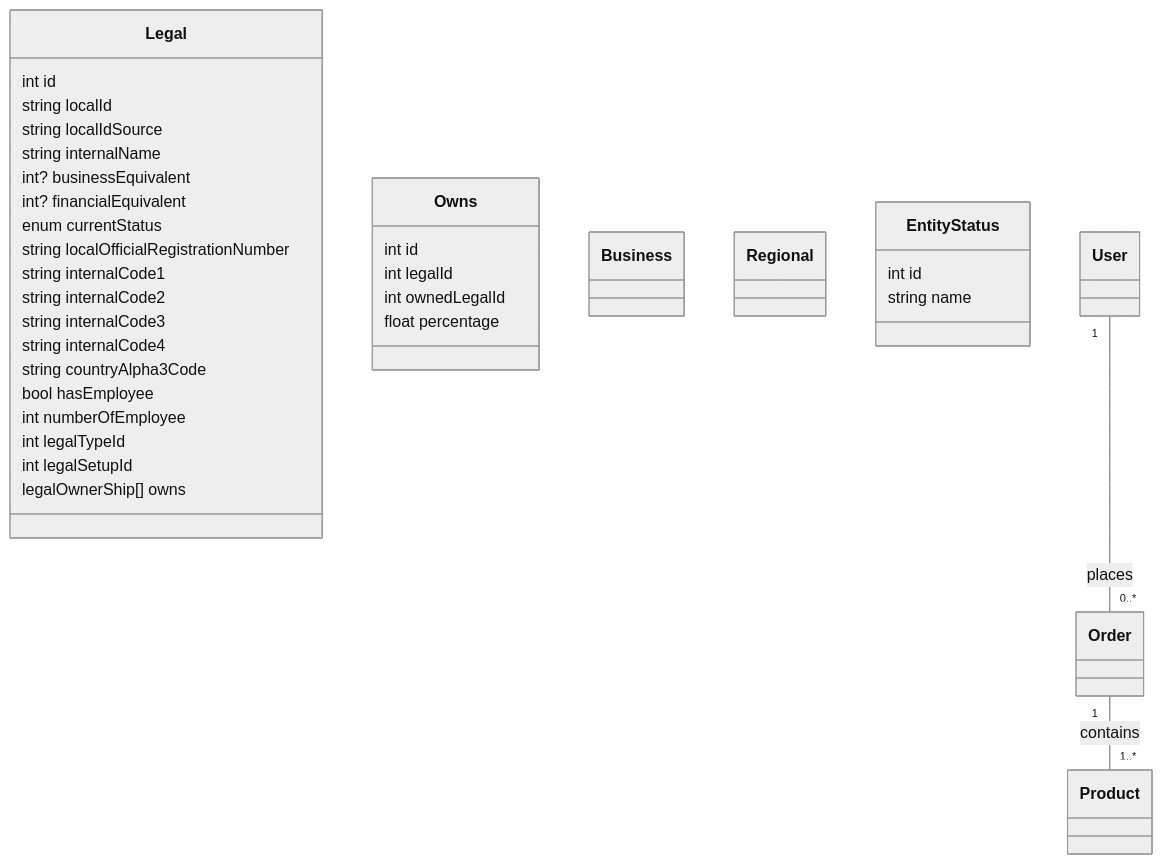
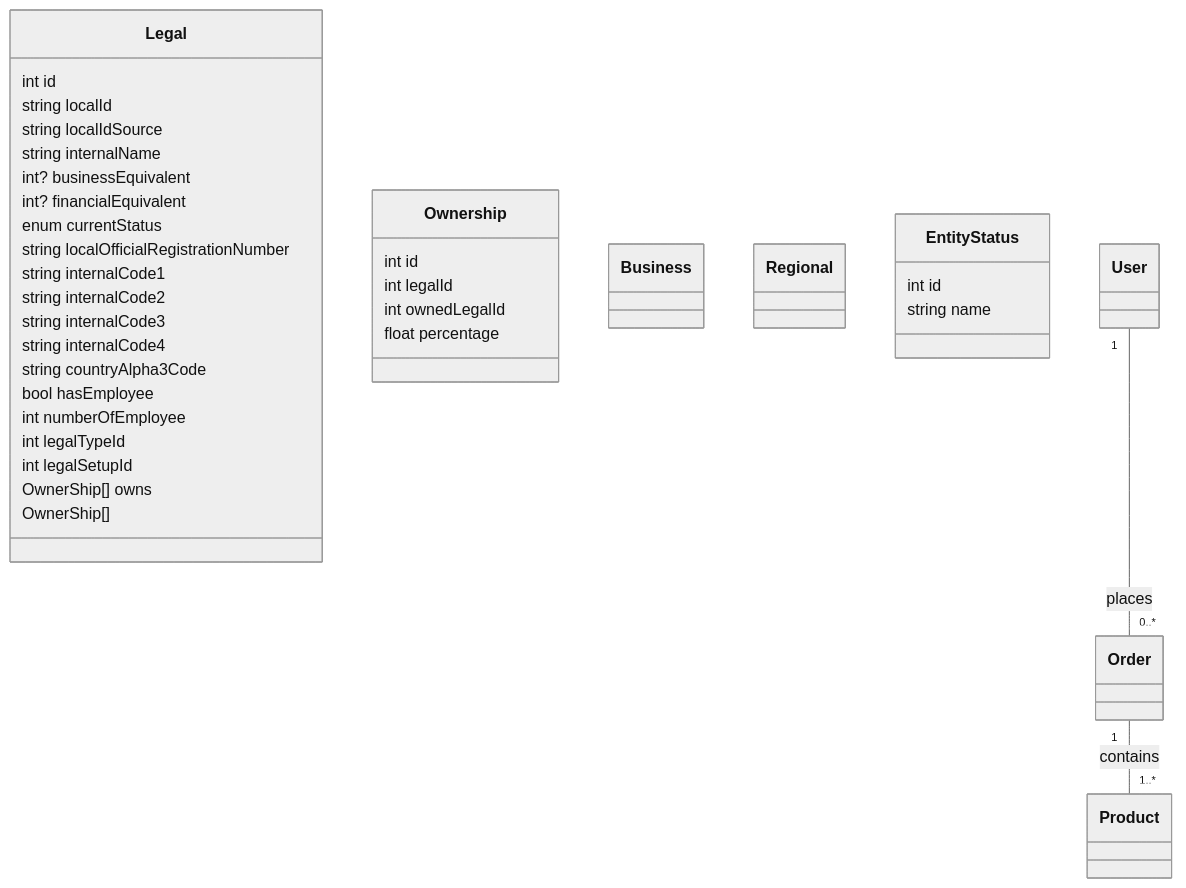
Before and after one commit to tullanders/tfs: the diagram in web1/docs/model.md, drawn with Mermaid (neutral theme). The commit also changed 103 other files, not shown here.

````diff
--- a/web1/docs/model.md
+++ b/web1/docs/model.md
@@ -2,51 +2,52 @@
 ```mermaid
 classDiagram
     class Legal {
         int id
         string localId
         string localIdSource
         string internalName
         %% foreign id to Business Entity
         int? businessEquivalent
         %% foreign id to Finance Entity
         int? financialEquivalent
         enum currentStatus
         %% datetime currentOfficialLegalNameValidFrom
         %% datetime currentOfficialLegalNameValidTo
         %% datetime upcomingOfficialLegalNameValidFrom
         %% explain pleas (local = company domain, perhaps national?)
         string localOfficialRegistrationNumber
         %% explain please:
         string internalCode1
         string internalCode2
         string internalCode3
         string internalCode4
         %% foreign id to Countries
         string countryAlpha3Code
         bool hasEmployee
         int numberOfEmployee
         %% foreign id ("enum") to lookup table legalType
         int legalTypeId
         int legalSetupId
-        legalOwnerShip[] owns
+        OwnerShip[] owns
+        OwnerShip[] 
     }
-    class Owns {
+    class Ownership {
         int id
         int legalId
         int ownedLegalId
         float percentage
     }
     class Business {
 
     }
     class Regional {
 
     }
     class EntityStatus {
         int id
         %% enum: Archived, Published, Draft
         string name
     }
     User "1" -- "0..*" Order : places
     Order "1" -- "1..*" Product : contains
 ```
````
